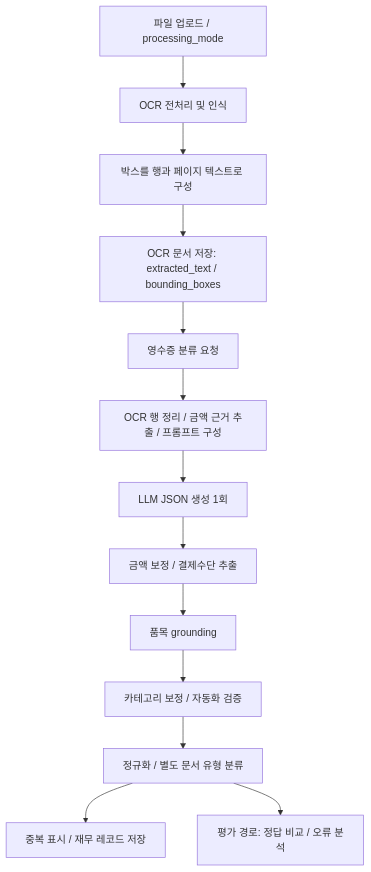
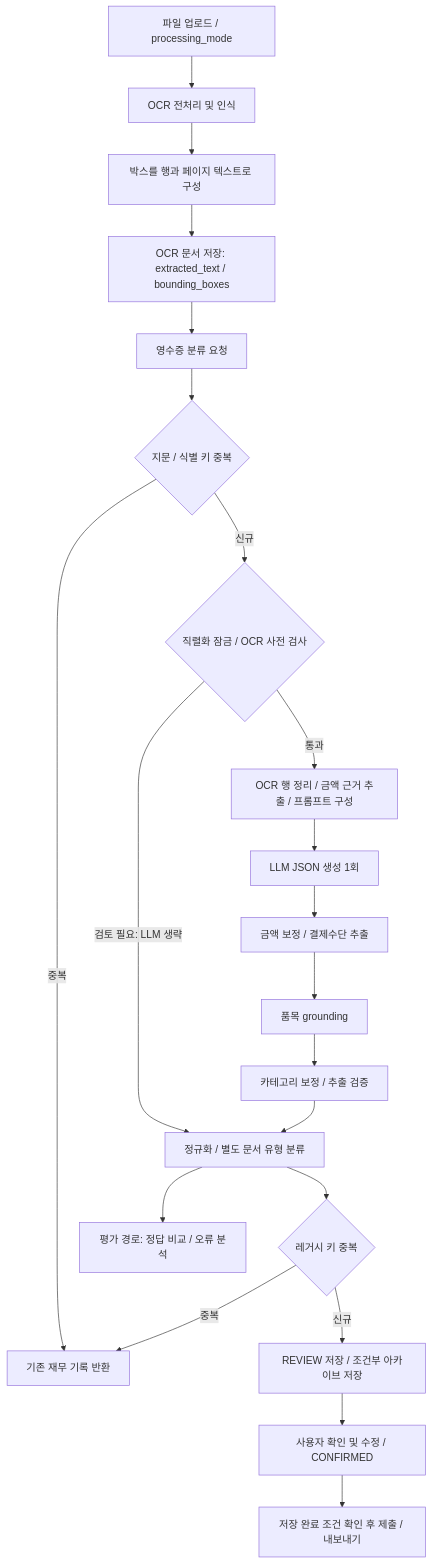
The diagram in ocr-web-app/docs/CURRENT-RECEIPT-PIPELINE.md (GyuHwan123/mainProject), drawn with Mermaid before and after one commit. The commit also changed other lines of this file and 9 other files, not shown here.

````diff
--- a/ocr-web-app/docs/CURRENT-RECEIPT-PIPELINE.md
+++ b/ocr-web-app/docs/CURRENT-RECEIPT-PIPELINE.md
@@ -7,15 +11,23 @@
 ```mermaid
 flowchart TD
     A[파일 업로드 / processing_mode] --> B[OCR 전처리 및 인식]
     B --> C[박스를 행과 페이지 텍스트로 구성]
     C --> D[OCR 문서 저장: extracted_text / bounding_boxes]
     D --> E[영수증 분류 요청]
-    E --> F[OCR 행 정리 / 금액 근거 추출 / 프롬프트 구성]
+    E --> E1{지문 / 식별 키 중복}
+    E1 -->|중복| R[기존 재무 기록 반환]
+    E1 -->|신규| E2{직렬화 잠금 / OCR 사전 검사}
+    E2 -->|통과| F[OCR 행 정리 / 금액 근거 추출 / 프롬프트 구성]
+    E2 -->|검토 필요: LLM 생략| K
     F --> G[LLM JSON 생성 1회]
     G --> H[금액 보정 / 결제수단 추출]
     H --> I[품목 grounding]
-    I --> J[카테고리 보정 / 자동화 검증]
+    I --> J[카테고리 보정 / 추출 검증]
     J --> K[정규화 / 별도 문서 유형 분류]
-    K --> L[중복 표시 / 재무 레코드 저장]
+    K --> K1{레거시 키 중복}
+    K1 -->|중복| R
+    K1 -->|신규| L[REVIEW 저장 / 조건부 아카이브 저장]
+    L --> N[사용자 확인 및 수정 / CONFIRMED]
+    N --> O[저장 완료 조건 확인 후 제출 / 내보내기]
     K --> M[평가 경로: 정답 비교 / 오류 분석]
 ```
````
